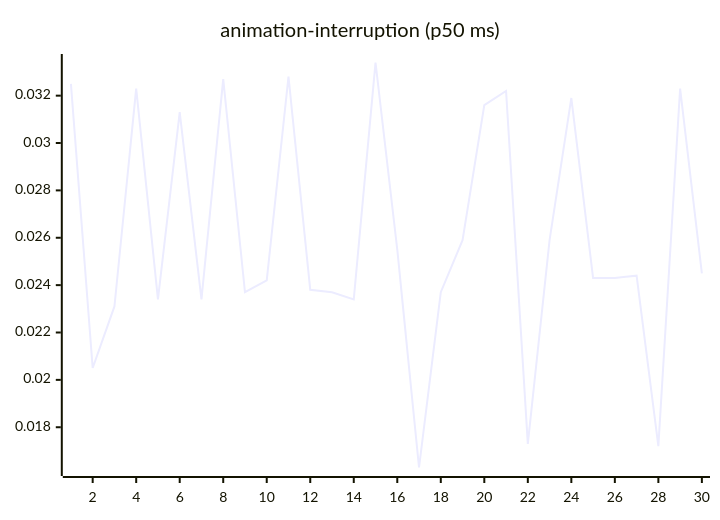
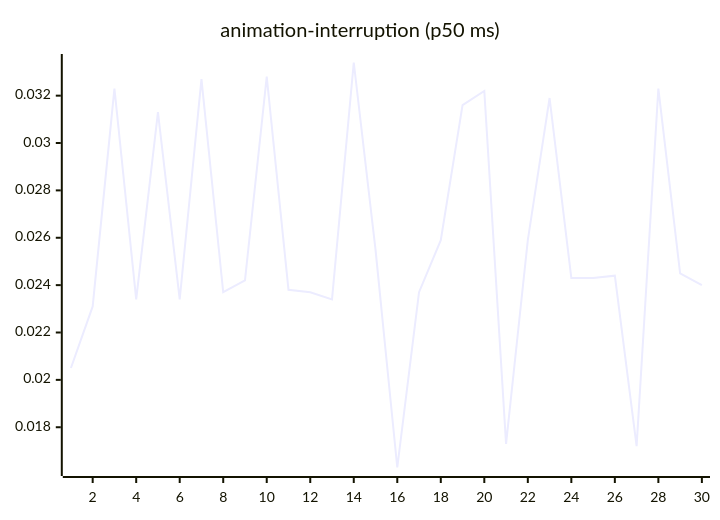
One commit to josha/Facet changed the third of 27 diagrams in README.md. Above: the diagram before and after it, drawn with Mermaid. The commit also changed other lines of this file and 2 other files, not shown here.

````diff
--- a/README.md
+++ b/README.md
@@ -77,6 +77,6 @@
 ```mermaid
 xychart-beta
     title "animation-interruption (p50 ms)"
     x-axis 1 --> 30
-    line [0.0325, 0.0205, 0.0231, 0.0323, 0.0234, 0.0313, 0.0234, 0.0327, 0.0237, 0.0242, 0.0328, 0.0238, 0.0237, 0.0234, 0.0334, 0.0255, 0.0163, 0.0237, 0.0259, 0.0316, 0.0322, 0.0173, 0.0259, 0.0319, 0.0243, 0.0243, 0.0244, 0.0172, 0.0323, 0.0245]
+    line [0.0205, 0.0231, 0.0323, 0.0234, 0.0313, 0.0234, 0.0327, 0.0237, 0.0242, 0.0328, 0.0238, 0.0237, 0.0234, 0.0334, 0.0255, 0.0163, 0.0237, 0.0259, 0.0316, 0.0322, 0.0173, 0.0259, 0.0319, 0.0243, 0.0243, 0.0244, 0.0172, 0.0323, 0.0245, 0.0240]
 ```
````
